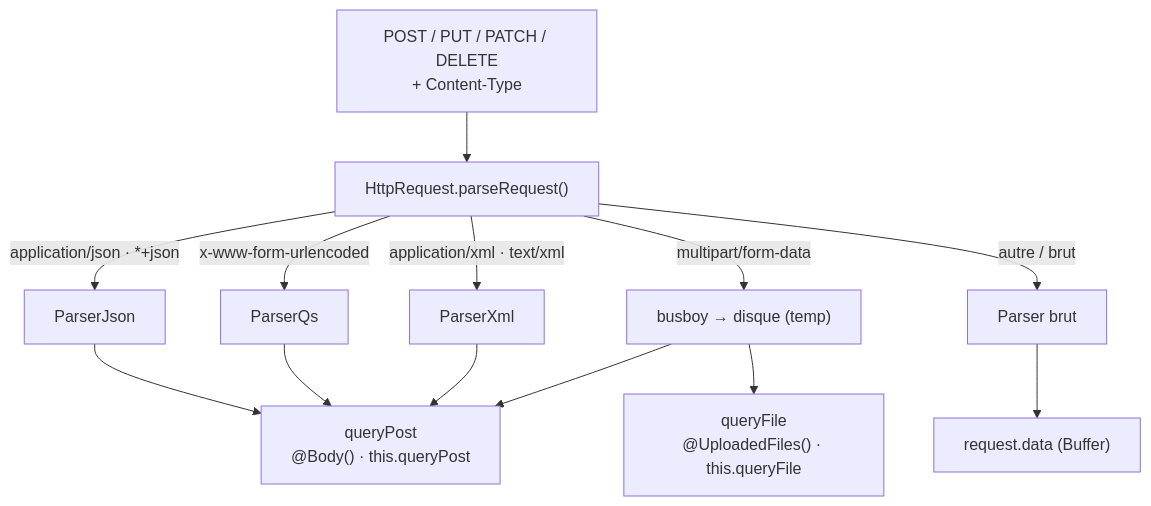
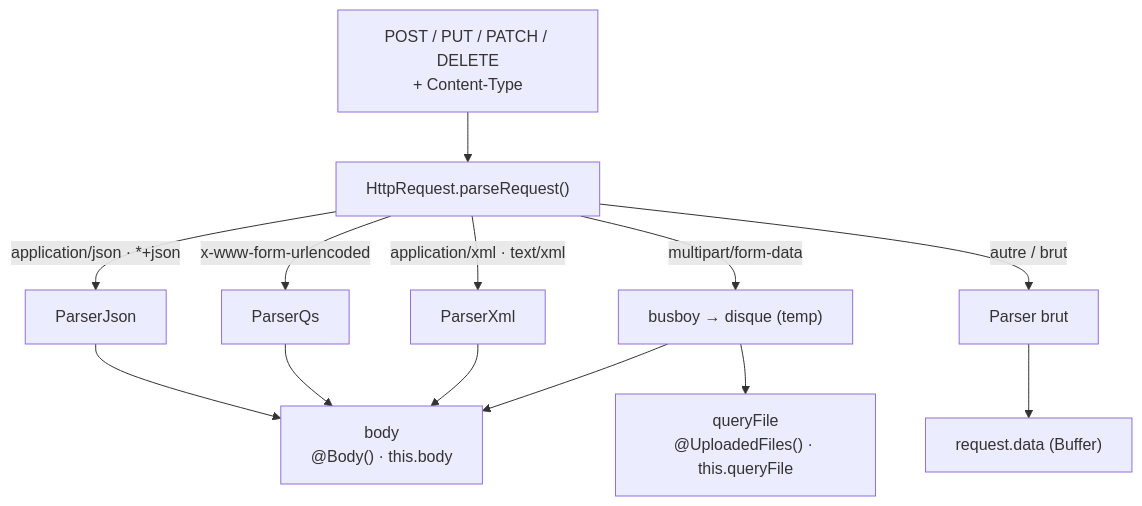
Before and after one commit to nodefony/nodefony-core: the first of 2 diagrams in src/packages/@nodefony/http/docs/upload.md, drawn with Mermaid. The commit also changed other lines of this file and 44 other files, not shown here.

````diff
--- a/src/packages/@nodefony/http/docs/upload.md
+++ b/src/packages/@nodefony/http/docs/upload.md
@@ -47,15 +47,15 @@
 ```mermaid
 flowchart TD
   REQ["POST / PUT / PATCH / DELETE<br/>+ Content-Type"] --> RT["HttpRequest.parseRequest()"]
   RT -->|"application/json · *+json"| J["ParserJson"]
   RT -->|"x-www-form-urlencoded"| Q["ParserQs"]
   RT -->|"application/xml · text/xml"| X["ParserXml"]
   RT -->|"multipart/form-data"| M["busboy → disque (temp)"]
   RT -->|"autre / brut"| B["Parser brut"]
-  J --> QP["queryPost<br/>@Body() · this.queryPost"]
+  J --> QP["body<br/>@Body() · this.body"]
   Q --> QP
   X --> QP
   M --> QF["queryFile<br/>@UploadedFiles() · this.queryFile"]
   M --> QP
   B --> DATA["request.data (Buffer)"]
 ```
````
